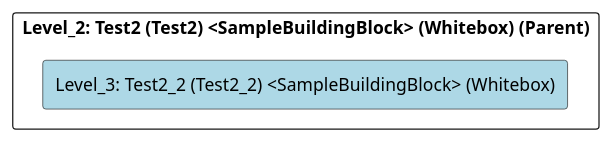
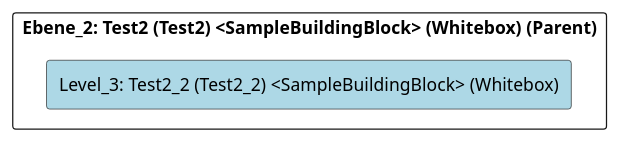
Before and after one commit to marcozwyssig/cleon: the diagram in src/cleon.architecturemethods.arc42.sample/doc/cleon_architecturemethods_arc42_sample_arc42/adoc/en/05_building_block_view/chess/test2/test2_2/level_3_test2_2.adoc, drawn with PlantUML. The commit also changed other lines of this file and 620 other files, not shown here.

```diff
--- a/src/cleon.architecturemethods.arc42.sample/doc/cleon_architecturemethods_arc42_sample_arc42/adoc/en/05_building_block_view/chess/test2/test2_2/level_3_test2_2.adoc
+++ b/src/cleon.architecturemethods.arc42.sample/doc/cleon_architecturemethods_arc42_sample_arc42/adoc/en/05_building_block_view/chess/test2/test2_2/level_3_test2_2.adoc
@@ -20,24 +20,24 @@
 [plantuml, Level_3: Test2_2 (Test2_2) <SampleBuildingBlock> (Whitebox)BlockOverview, format="svg"]
 ----
 @startuml Level_3: Test2_2 (Test2_2) <SampleBuildingBlock> (Whitebox)BuildingBlockOverview
 
 skinparam ranksep 10
 skinparam componentStyle rectangle
 skinparam shadowing false
 skinparam arrowColor lightblue
 skinparam arrowThickness 1.2
 skinparam rectangle {
   BackgroundColor White
   BorderColor #333
   RoundCorner 10
 }
 top to bottom direction
 
-component "Level_2: Test2 (Test2) <SampleBuildingBlock> (Whitebox) (Parent)" {
+component "Ebene_2: Test2 (Test2) <SampleBuildingBlock> (Whitebox) (Parent)" {
     component "Level_3: Test2_2 (Test2_2) <SampleBuildingBlock> (Whitebox)" #lightblue {
     }
 
 }
 
 @enduml
 ----
```
